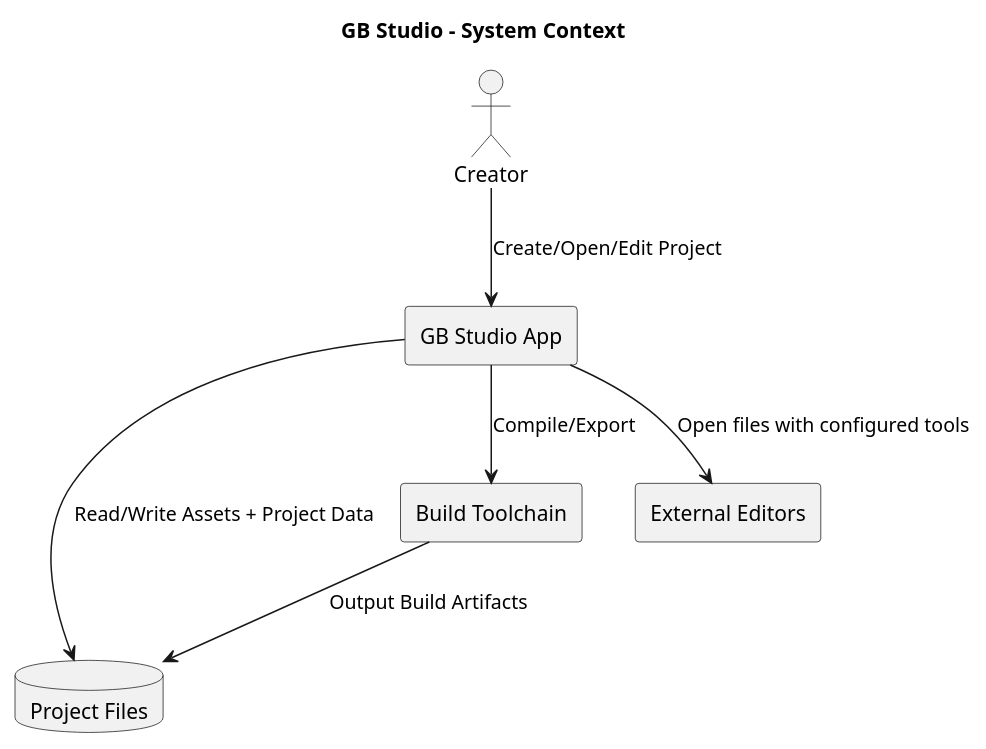
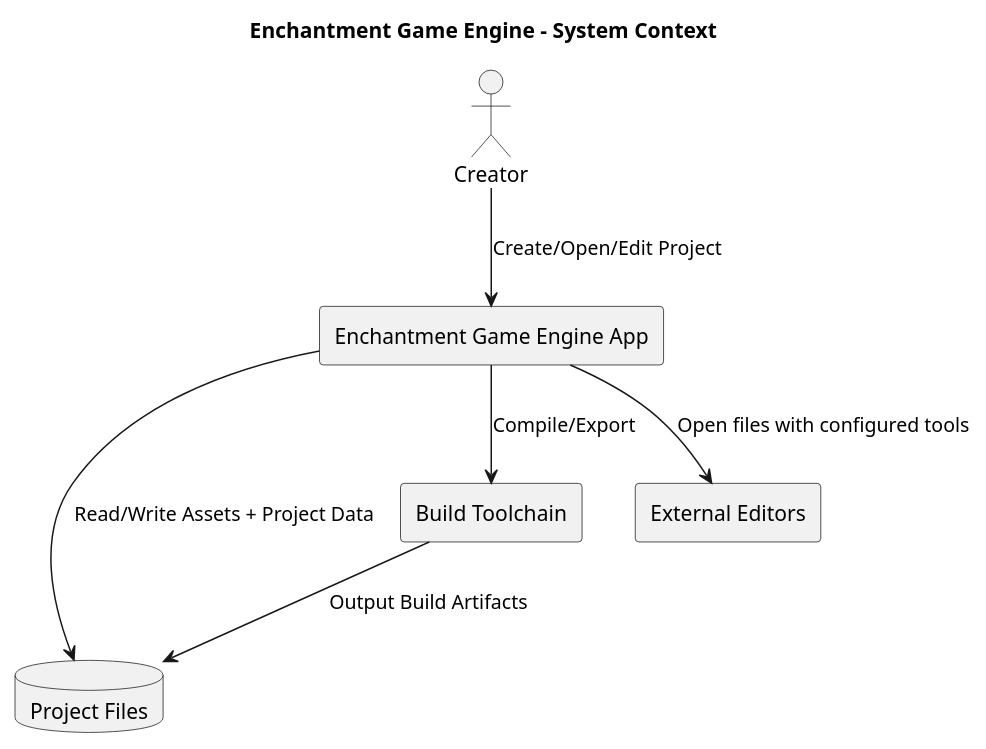
The diagram in gb-studio-develop/docs/uml/system-context.puml (ArkansasIo/gbstudio-test), drawn with PlantUML before and after one commit. The commit also changed other lines of this file and 18 other files, not shown here.

Commit message:
Rename GB Studio branding to Enchantment Game Engine

```diff
--- a/gb-studio-develop/docs/uml/system-context.puml
+++ b/gb-studio-develop/docs/uml/system-context.puml
@@ -1,16 +1,16 @@
 @startuml
-title GB Studio - System Context
+title Enchantment Game Engine - System Context
 
 actor "Creator" as User
-rectangle "GB Studio App" as App
+rectangle "Enchantment Game Engine App" as App
 database "Project Files" as Project
 rectangle "Build Toolchain" as Toolchain
 rectangle "External Editors" as Editors
 
 User --> App : Create/Open/Edit Project
 App --> Project : Read/Write Assets + Project Data
 App --> Toolchain : Compile/Export
 App --> Editors : Open files with configured tools
 Toolchain --> Project : Output Build Artifacts
 
 @enduml
```
